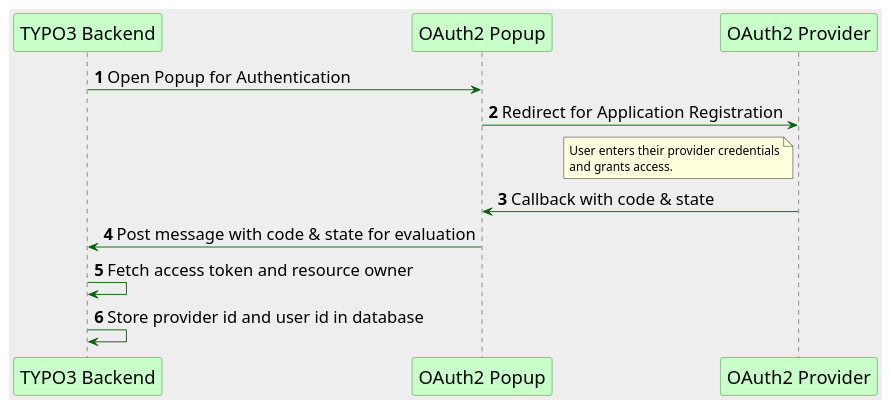
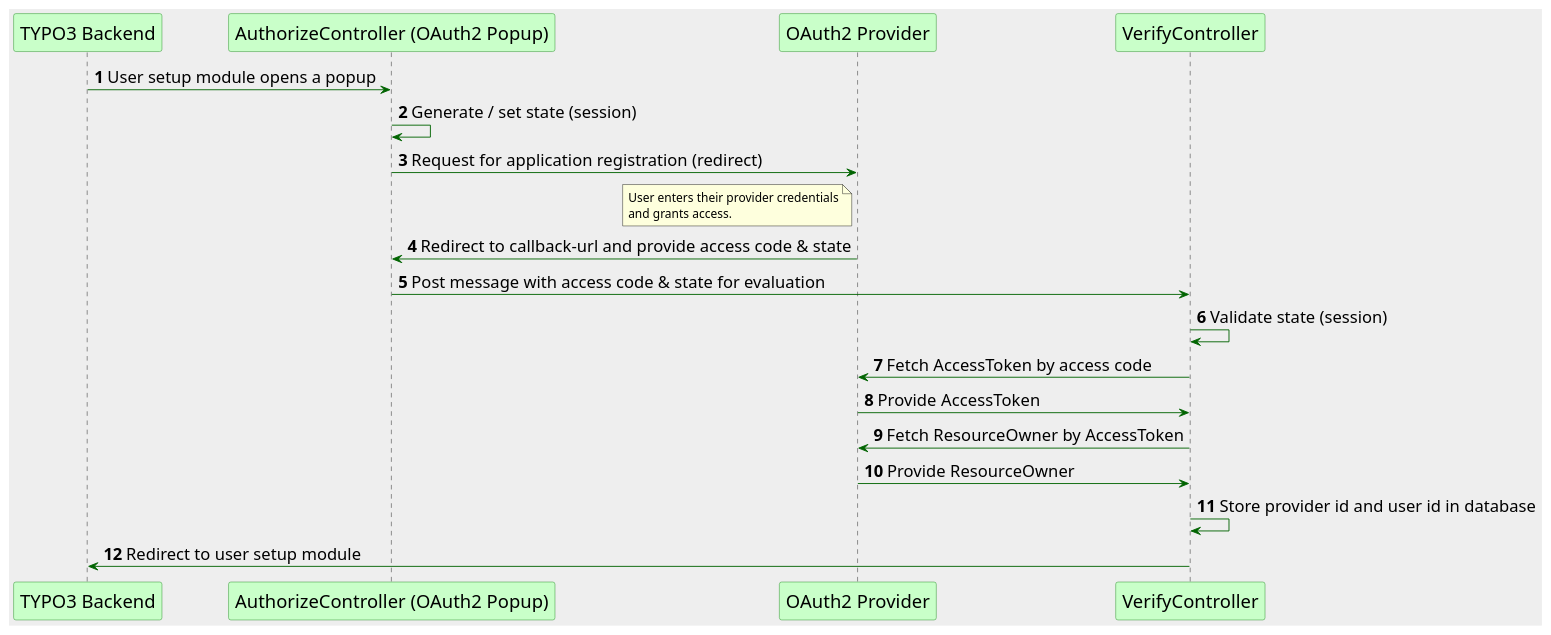
The second of 4 diagrams in Documentation/Developers/Index.rst (jswebguru/OAuth2-client), drawn with PlantUML before and after one commit. The commit also changed other lines of this file and 191 other files, not shown here.

```diff
--- a/Documentation/Developers/Index.rst
+++ b/Documentation/Developers/Index.rst
@@ -41,28 +53,34 @@
 .. uml::
 
    skinparam backgroundColor #EEE
    skinparam handwritten false
    skinparam sequence {
        ArrowColor DarkGreen
        ArrowFontSize 18
        ParticipantBorderColor ForestGreen
        ParticipantFontSize 20
        ParticipantBackgroundColor TECHNOLOGY
        NoteBackgroundColor ForestGreen
        NoteBorderColor ForestGreen
        NoteShadowing false
    }
 
    autonumber
 
-   "TYPO3 Backend" -> "OAuth2 Popup": Open Popup for Authentication
-   "OAuth2 Popup" -> "OAuth2 Provider": Redirect for Application Registration
+   "TYPO3 Backend" -> "AuthorizeController (OAuth2 Popup)": User setup module opens a popup
+   "AuthorizeController (OAuth2 Popup)" -> "AuthorizeController (OAuth2 Popup)": Generate / set state (session)
+   "AuthorizeController (OAuth2 Popup)" -> "OAuth2 Provider": Request for application registration (redirect)
    note left of "OAuth2 Provider"
        User enters their provider credentials
        and grants access.
    end note
-   "OAuth2 Provider" -> "OAuth2 Popup": Callback with code & state
-   "OAuth2 Popup" -> "TYPO3 Backend": Post message with code & state for evaluation
-   "TYPO3 Backend" -> "TYPO3 Backend": Fetch access token and resource owner
-   "TYPO3 Backend" -> "TYPO3 Backend": Store provider id and user id in database
+   "OAuth2 Provider" -> "AuthorizeController (OAuth2 Popup)": Redirect to callback-url and provide access code & state
+   "AuthorizeController (OAuth2 Popup)" -> "VerifyController": Post message with access code & state for evaluation
+   "VerifyController" -> "VerifyController": Validate state (session)
+   "VerifyController" -> "OAuth2 Provider": Fetch AccessToken by access code
+   "OAuth2 Provider" -> "VerifyController": Provide AccessToken
+   "VerifyController" -> "OAuth2 Provider": Fetch ResourceOwner by AccessToken
+   "OAuth2 Provider" -> "VerifyController": Provide ResourceOwner
+   "VerifyController" -> "VerifyController": Store provider id and user id in database
+   "VerifyController" -> "TYPO3 Backend": Redirect to user setup module
    @enduml
```
